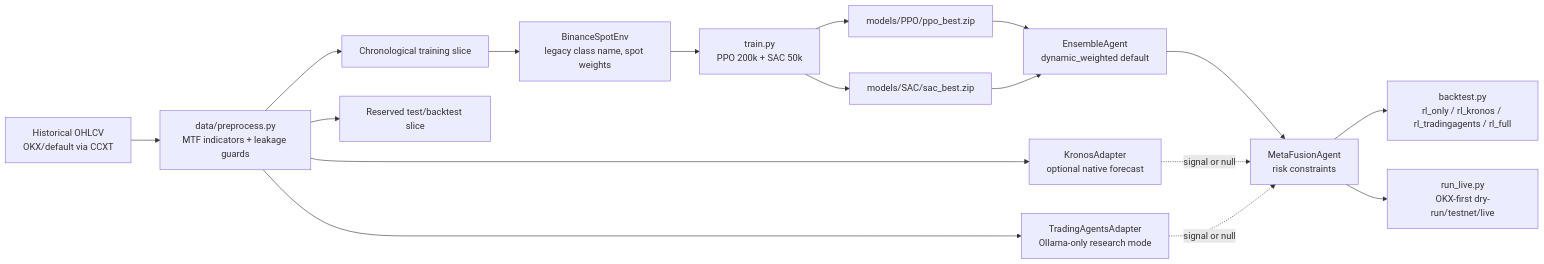
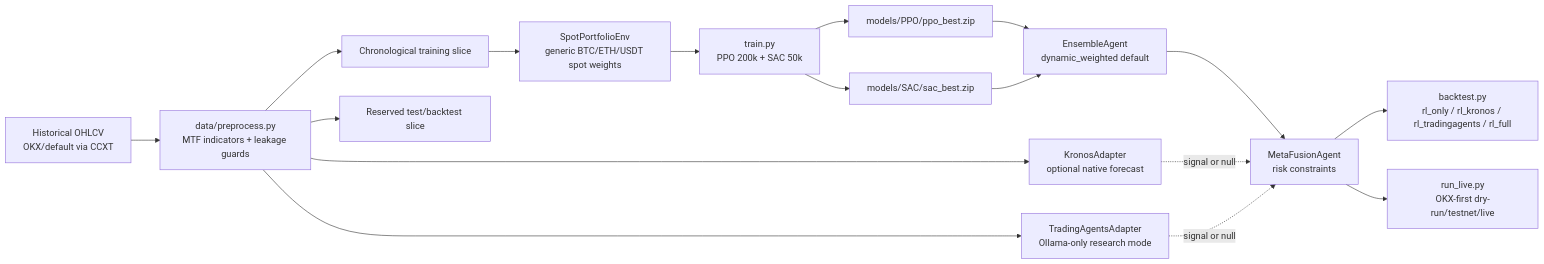
Before and after one commit to huytdqhe180383/Trading-bot: the first of 2 diagrams in docs/architecture.md, drawn with Mermaid. The commit also changed other lines of this file and 17 other files, not shown here.

````diff
--- a/docs/architecture.md
+++ b/docs/architecture.md
@@ -21,23 +21,23 @@
 ```mermaid
 flowchart LR
   raw["Historical OHLCV\nOKX/default via CCXT"] --> prep["data/preprocess.py\nMTF indicators + leakage guards"]
   prep --> train_data["Chronological training slice"]
   prep --> test_data["Reserved test/backtest slice"]
 
-  train_data --> env_train["BinanceSpotEnv\nlegacy class name, spot weights"]
+  train_data --> env_train["SpotPortfolioEnv\ngeneric BTC/ETH/USDT spot weights"]
   env_train --> trainer["train.py\nPPO 200k + SAC 50k"]
   trainer --> ppo["models/PPO/ppo_best.zip"]
   trainer --> sac["models/SAC/sac_best.zip"]
 
   ppo --> ensemble["EnsembleAgent\ndynamic_weighted default"]
   sac --> ensemble
   ensemble --> fusion["MetaFusionAgent\nrisk constraints"]
 
   prep --> kronos["KronosAdapter\noptional native forecast"]
   prep --> ta["TradingAgentsAdapter\nOllama-only research mode"]
   kronos -.->|signal or null| fusion
   ta -.->|signal or null| fusion
 
   fusion --> backtest["backtest.py\nrl_only / rl_kronos / rl_tradingagents / rl_full"]
   fusion --> live["run_live.py\nOKX-first dry-run/testnet/live"]
 ```
````
